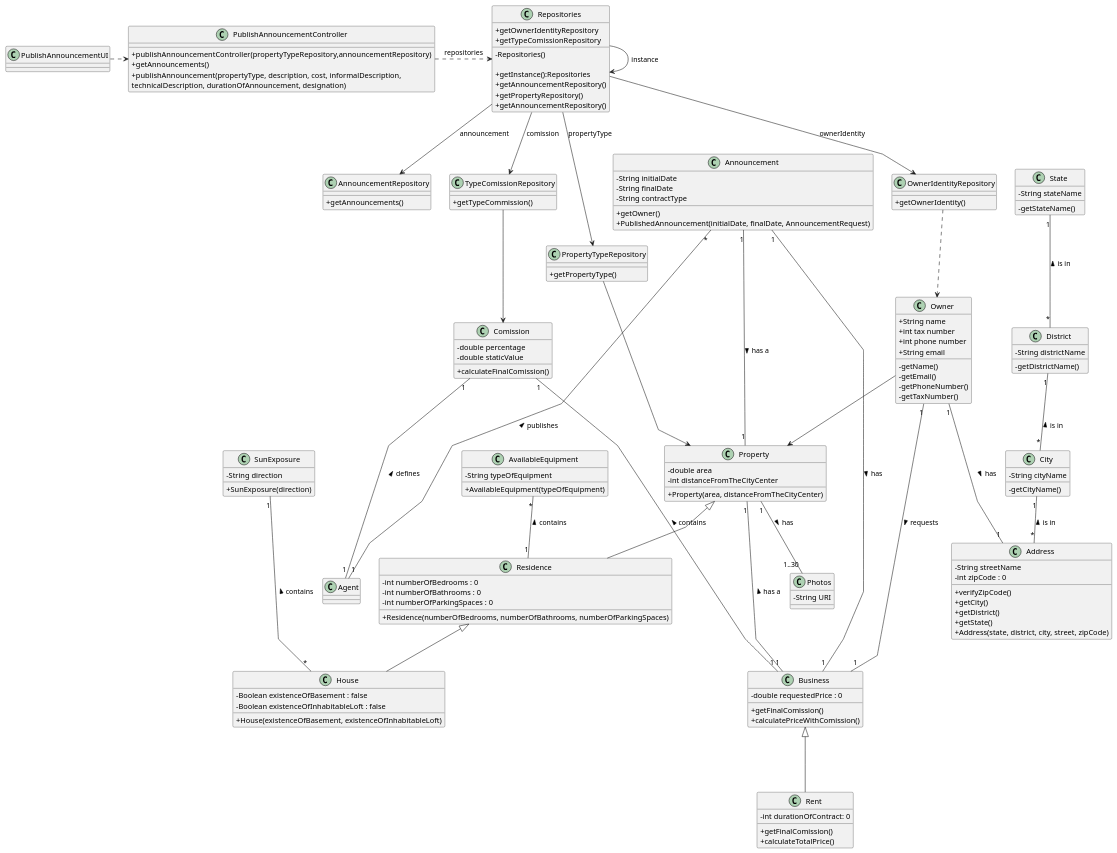
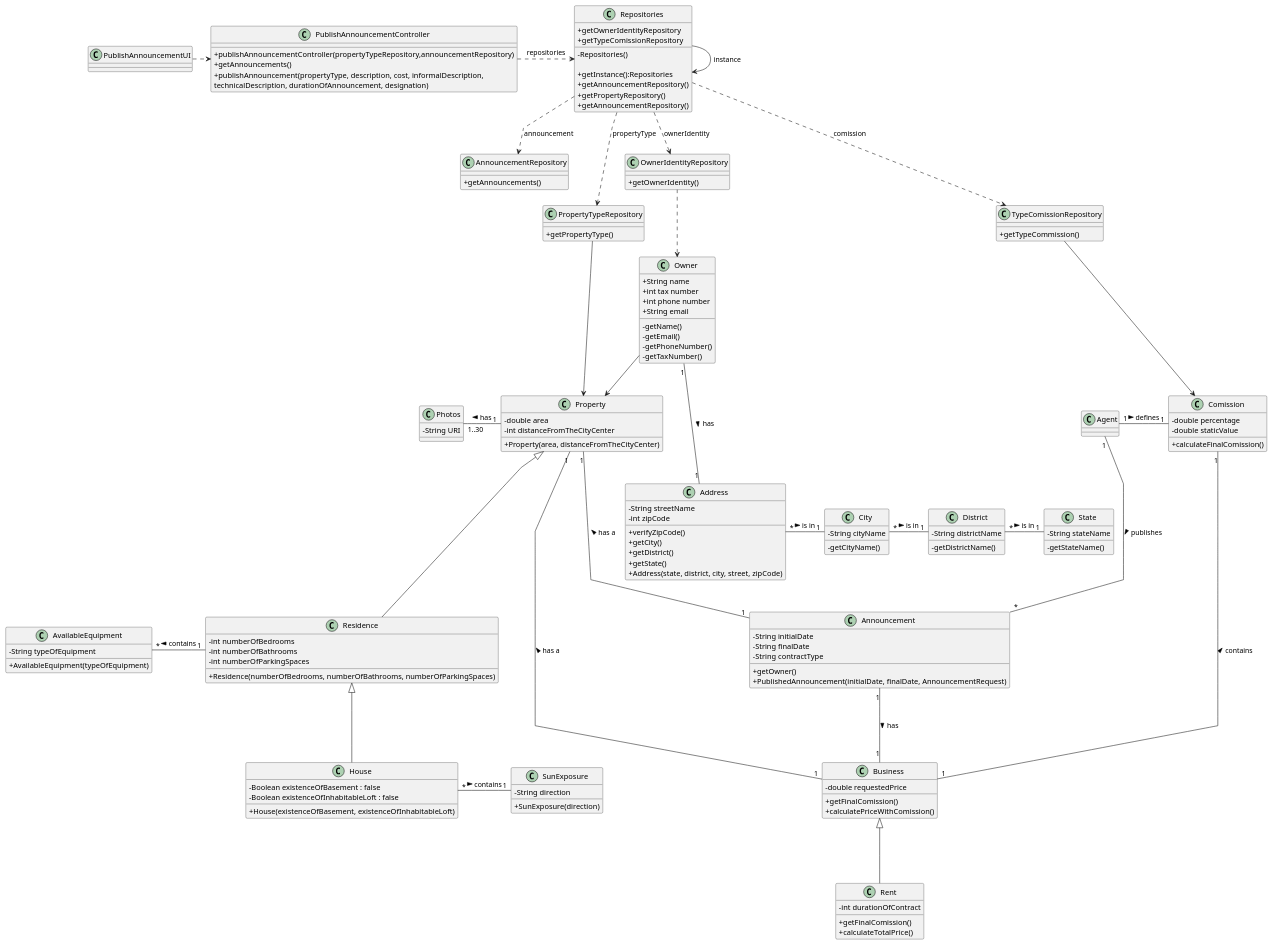
The diagram in docs/sprintB/US02/03.design/puml/us02-class-diagram.puml (PureNimble/ISEP-LAPR2), drawn with PlantUML before and after one commit.

Commit message:
Class Diagram (organization and correction)

```diff
--- a/docs/sprintB/US02/03.design/puml/us02-class-diagram.puml
+++ b/docs/sprintB/US02/03.design/puml/us02-class-diagram.puml
@@ -71,9 +71,9 @@
 }
 
 class Residence {
- - int numberOfBedrooms : 0
- - int numberOfBathrooms : 0
- - int numberOfParkingSpaces : 0
+ - int numberOfBedrooms
+ - int numberOfBathrooms
+ - int numberOfParkingSpaces
 
     +Residence(numberOfBedrooms, numberOfBathrooms, numberOfParkingSpaces)
 }
@@ -108,7 +108,7 @@
 
 class Address {
     -String streetName
-    -int zipCode : 0
+    -int zipCode
 
     +verifyZipCode()
     +getCity()
@@ -150,7 +150,7 @@
 
 
 class Rent {
-    - int durationOfContract: 0
+    - int durationOfContract
 
     +getFinalComission()
     +calculateTotalPrice()
@@ -166,7 +166,7 @@
 }
 
 class Business {
-    - double requestedPrice : 0
+    - double requestedPrice
 
     +getFinalComission()
     +calculatePriceWithComission()
@@ -181,40 +181,39 @@
 
 PublishAnnouncementController .> Repositories : repositories
 Repositories --> Repositories :instance
-Repositories --> OwnerIdentityRepository : ownerIdentity
-Repositories --> TypeComissionRepository : comission
-Repositories --> AnnouncementRepository : announcement
-Repositories --> PropertyTypeRepository : propertyType
+Repositories ..> OwnerIdentityRepository : ownerIdentity
+Repositories ..> TypeComissionRepository : comission
+Repositories ..> AnnouncementRepository : announcement
+Repositories ..> PropertyTypeRepository : propertyType
 
 
 
 PropertyTypeRepository --> Property
-Residence <|-- House
-Property <|-- Residence
-Property "1" -- "1..30" Photos: has >
-SunExposure "1" --- "*" House: contains <
-AvailableEquipment "*" -- "1" Residence: contains <
+Residence <|-down-- House
+Property <|-down-- Residence
+Property "1" -left- "1..30" Photos: has >
+SunExposure "1" --right- "*" House: contains <
+AvailableEquipment "*" -right- "1" Residence: contains <
 
 
 
 
-City "1"-- "*" Address: is in <
-District "1"-- "*" City: is in <
-State "1"-- "*" District: is in <
+City "1"-left- "*" Address: is in <
+District "1"-left- "*" City: is in <
+State "1"-left- "*" District: is in <
 Owner "1" --- "1" Address: has >
 OwnerIdentityRepository ..> Owner
 Owner --> Property
 
 
 
-TypeComissionRepository --> Comission
-Comission "1" --- "1" Agent: defines <
-Comission "1" --- "1" Business: contains <
-Owner "1" --- "1" Business: requests >
-Property "1" --- "1" Business: has a <
+TypeComissionRepository -down-> Comission
+Comission "1" -up "1" Agent: defines <
+Comission "1" -- "1" Business: contains <
+Property "1" - "1" Business: has a <
 Announcement "1" --- "1" Business: has >
-Announcement "1" --- "1" Property: has a >
-Announcement "*" --- "1" Agent: publishes <
+Announcement "1" --up- "1" Property: has a >
+Announcement "*" -up-- "1" Agent: publishes <
 Business <|--- Rent
 
 
```
